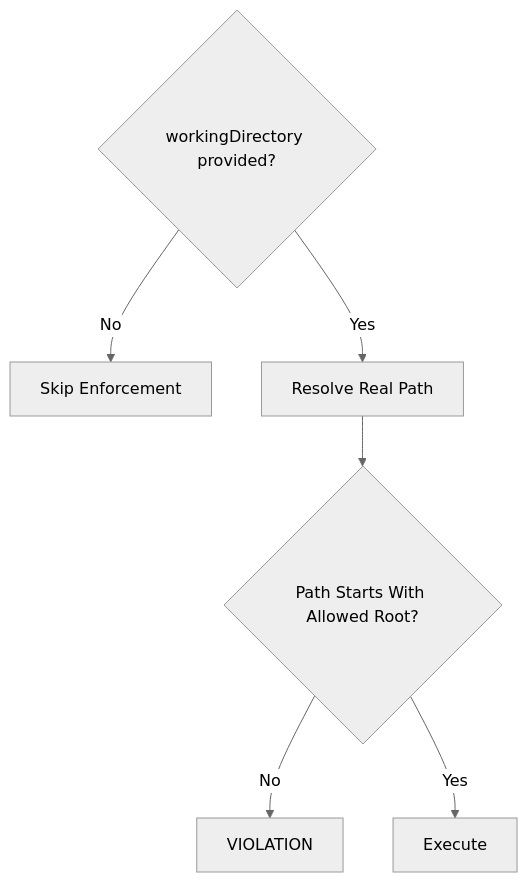
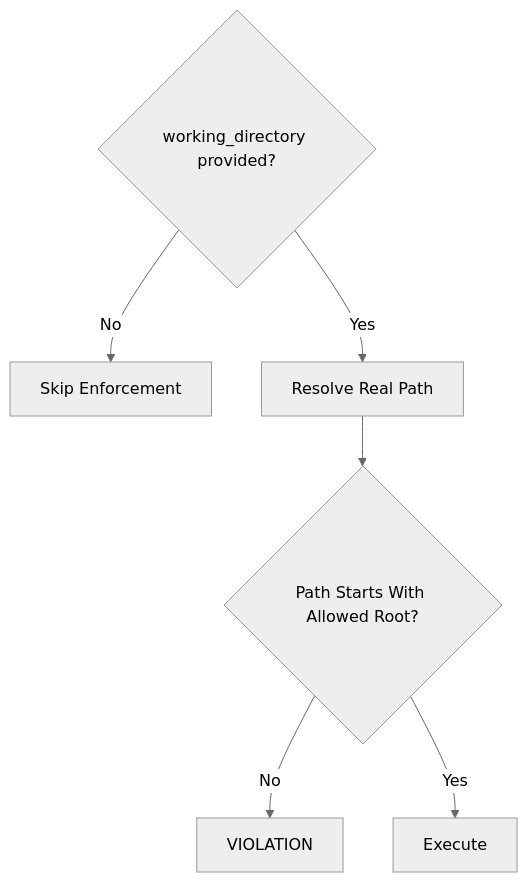
One commit to jagilber-org/powershell-mcp-server changed the fifth of 11 diagrams in docs/ARCHITECTURE.md. Above: the diagram before and after it, drawn with Mermaid (neutral theme). The commit also changed other lines of this file and 31 other files, not shown here.

````diff
--- a/docs/ARCHITECTURE.md
+++ b/docs/ARCHITECTURE.md
@@ -167,8 +167,8 @@
 ```mermaid
 flowchart TD
-    A{workingDirectory provided?} -->|No| SKIP[Skip Enforcement]
+    A{working_directory provided?} -->|No| SKIP[Skip Enforcement]
     A -->|Yes| RESOLVE[Resolve Real Path]
     RESOLVE --> VALID{Path Starts With Allowed Root?}
     VALID -->|No| BLOCK[VIOLATION]
     VALID -->|Yes| CONT[Execute]
 ```
````
